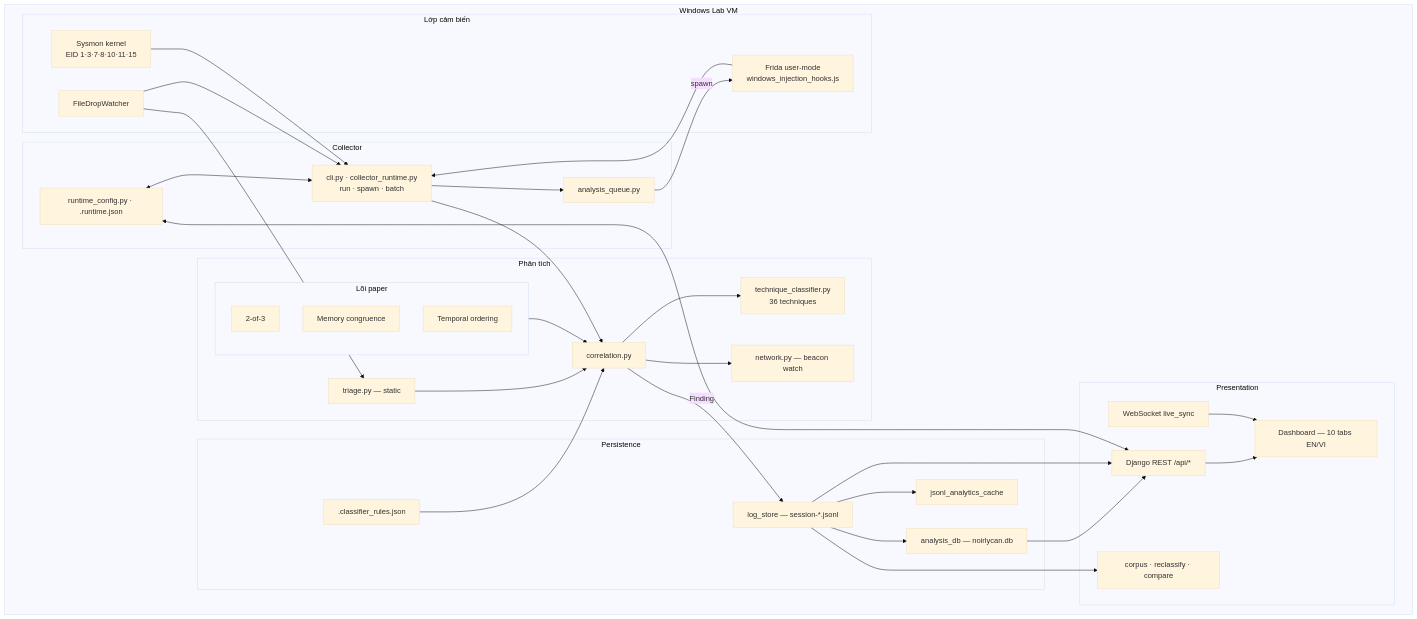
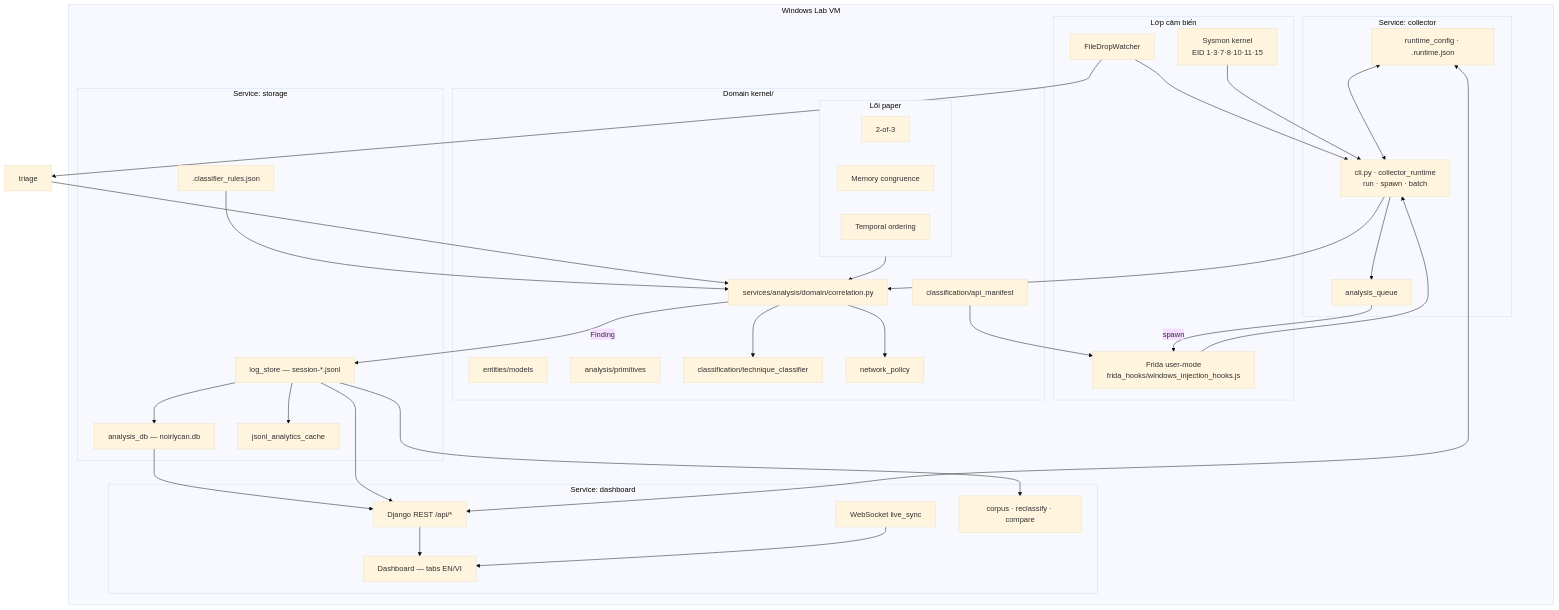
The third of 6 diagrams in docs/architecture-diagrams.md (noirlycan/NoirlycanThesis), drawn with Mermaid (base theme) before and after one commit. The commit also changed other lines of this file and 142 other files, not shown here.

First line of the commit message:
Refactor telemetry into clean-architecture microservices.

````diff
--- a/docs/architecture-diagrams.md
+++ b/docs/architecture-diagrams.md
@@ -102,64 +102,67 @@
 ```mermaid
 flowchart TB
   subgraph win [Windows Lab VM]
     subgraph sensors [Lớp cảm biến]
       SM["Sysmon kernel<br/>EID 1·3·7·8·10·11·15"]
-      FR["Frida user-mode<br/>windows_injection_hooks.js"]
+      FR["Frida user-mode<br/>frida_hooks/windows_injection_hooks.js"]
       FW["FileDropWatcher"]
     end
 
-    subgraph collector [Collector]
-      LOOP["cli.py · collector_runtime.py<br/>run · spawn · batch"]
-      AQ["analysis_queue.py"]
-      RT["runtime_config.py · .runtime.json"]
+    subgraph collector_svc [Service: collector]
+      LOOP["cli.py · collector_runtime<br/>run · spawn · batch"]
+      AQ["analysis_queue"]
+      RT["runtime_config · .runtime.json"]
     end
 
-    subgraph analysis [Phân tích]
-      TRI["triage.py — static"]
-      COR["correlation.py"]
+    subgraph kernel [Domain kernel/]
+      ENT["entities/models"]
+      PRIM["analysis/primitives"]
+      COR["services/analysis/domain/correlation.py"]
       subgraph paper_core [Lõi paper]
         R23N["2-of-3"]
         MEMN["Memory congruence"]
         TMPN["Temporal ordering"]
       end
-      CLS["technique_classifier.py<br/>36 techniques"]
-      NET["network.py — beacon watch"]
+      CLS["classification/technique_classifier"]
+      MAN["classification/api_manifest"]
+      NET["network_policy"]
     end
 
-    subgraph persist [Persistence]
+    subgraph persist [Service: storage]
       JSONL["log_store — session-*.jsonl"]
       SQLITE["analysis_db — noirlycan.db"]
       CACHE["jsonl_analytics_cache"]
       RULES[".classifier_rules.json"]
     end
 
-    subgraph present [Presentation]
+    subgraph present [Service: dashboard]
       API["Django REST /api/*"]
       WS["WebSocket live_sync"]
-      UI["Dashboard — 10 tabs EN/VI"]
+      UI["Dashboard — tabs EN/VI"]
       OFF["corpus · reclassify · compare"]
     end
   end
 
   FW --> LOOP
   SM --> LOOP
   FR --> LOOP
   LOOP --> AQ
   AQ -->|spawn| FR
-  FW --> TRI --> COR
+  FW --> TRI2[triage] --> COR
   LOOP --> COR
   paper_core --> COR
+  MAN --> FR
   COR --> CLS
   COR --> NET
   COR -->|Finding| JSONL
   JSONL --> SQLITE
   JSONL --> CACHE
   SQLITE --> API
   JSONL --> API
   API --> UI
   WS --> UI
   JSONL --> OFF
   RULES --> COR
   RT <--> API
   RT <--> LOOP
 ```
````
